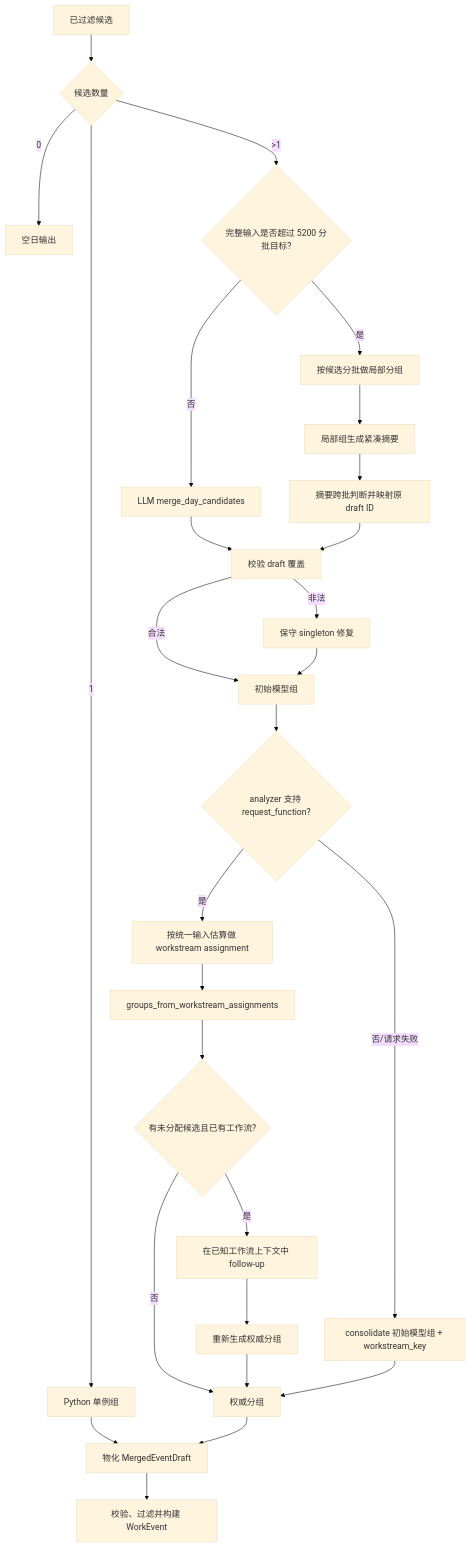
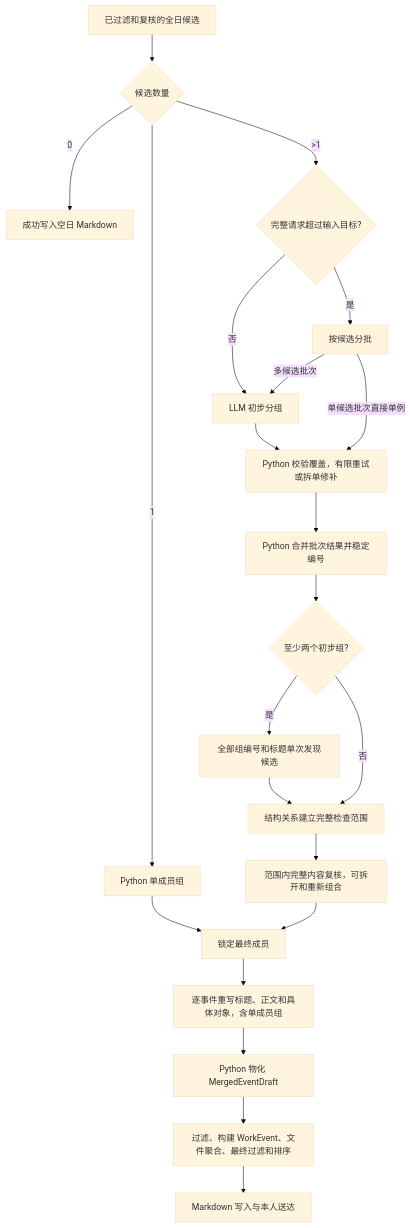
One commit to sunweisheng/WorkTrace changed the diagram in docs/cross-conversation-merge-design.md. Above: the diagram before and after it, drawn with Mermaid (base theme). The commit also changed other lines of this file and 23 other files, not shown here.

````diff
--- a/docs/cross-conversation-merge-design.md
+++ b/docs/cross-conversation-merge-design.md
@@ -38,29 +31,24 @@
 ```mermaid
 flowchart TD
-    A["已过滤候选"] --> B{"候选数量"}
-    B -->|"0"| C["空日输出"]
-    B -->|"1"| D["Python 单例组"]
-    B -->|">1"| E{"完整输入是否超过 5200 分批目标?"}
-    E -->|"否"| F0["LLM merge_day_candidates"]
-    E -->|"是"| E1["按候选分批做局部分组"]
-    E1 --> E2["局部组生成紧凑摘要"]
-    E2 --> E3["摘要跨批判断并映射原 draft ID"]
-    F0 --> F["校验 draft 覆盖"]
-    E3 --> F
-    F -->|"非法"| G["保守 singleton 修复"]
-    F -->|"合法"| H["初始模型组"]
-    G --> H
-    H --> I{"analyzer 支持 request_function?"}
-    I -->|"是"| J["按统一输入估算做 workstream assignment"]
-    J --> K["groups_from_workstream_assignments"]
-    K --> L{"有未分配候选且已有工作流?"}
-    L -->|"是"| M["在已知工作流上下文中 follow-up"]
-    M --> N["重新生成权威分组"]
-    L -->|"否"| O["权威分组"]
-    N --> O
-    I -->|"否/请求失败"| P["consolidate 初始模型组 + workstream_key"]
-    P --> O
-    D --> Q["物化 MergedEventDraft"]
-    O --> Q
-    Q --> R["校验、过滤并构建 WorkEvent"]
+    A["已过滤和复核的全日候选"] --> B{"候选数量"}
+    B -->|"0"| C["成功写入空日 Markdown"]
+    B -->|"1"| D["Python 单成员组"]
+    B -->|">1"| E{"完整请求超过输入目标?"}
+    E -->|"否"| F["LLM 初步分组"]
+    E -->|"是"| G["按候选分批"]
+    G -->|"多候选批次"| F
+    G -->|"单候选批次直接单例"| H
+    F --> H["Python 校验覆盖，有限重试或拆单修补"]
+    H --> I["Python 合并批次结果并稳定编号"]
+    I --> J{"至少两个初步组?"}
+    J -->|"是"| K["全部组编号和标题单次发现候选"]
+    J -->|"否"| L["结构关系建立完整检查范围"]
+    K --> L
+    L --> M["范围内完整内容复核，可拆开和重新组合"]
+    M --> N["锁定最终成员"]
+    D --> N
+    N --> O["逐事件重写标题、正文和具体对象，含单成员组"]
+    O --> P["Python 物化 MergedEventDraft"]
+    P --> Q["过滤、构建 WorkEvent、文件聚合、最终过滤和排序"]
+    Q --> R["Markdown 写入与本人送达"]
 ```
````
